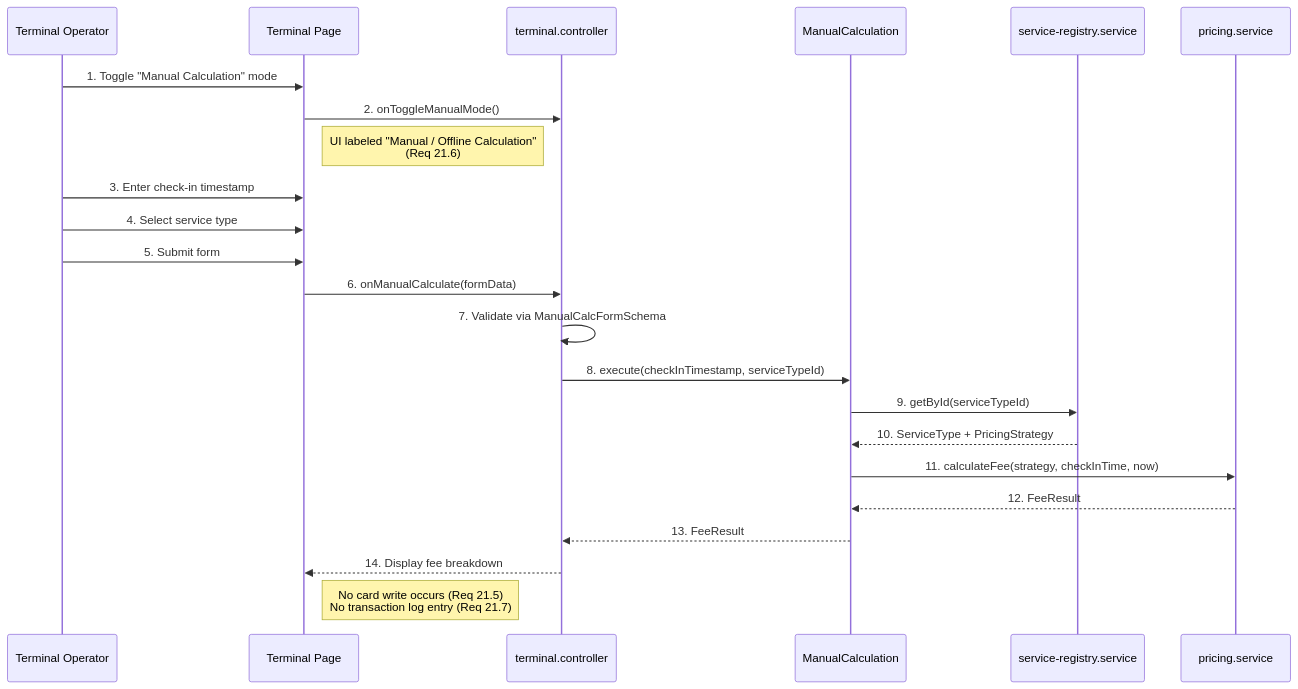
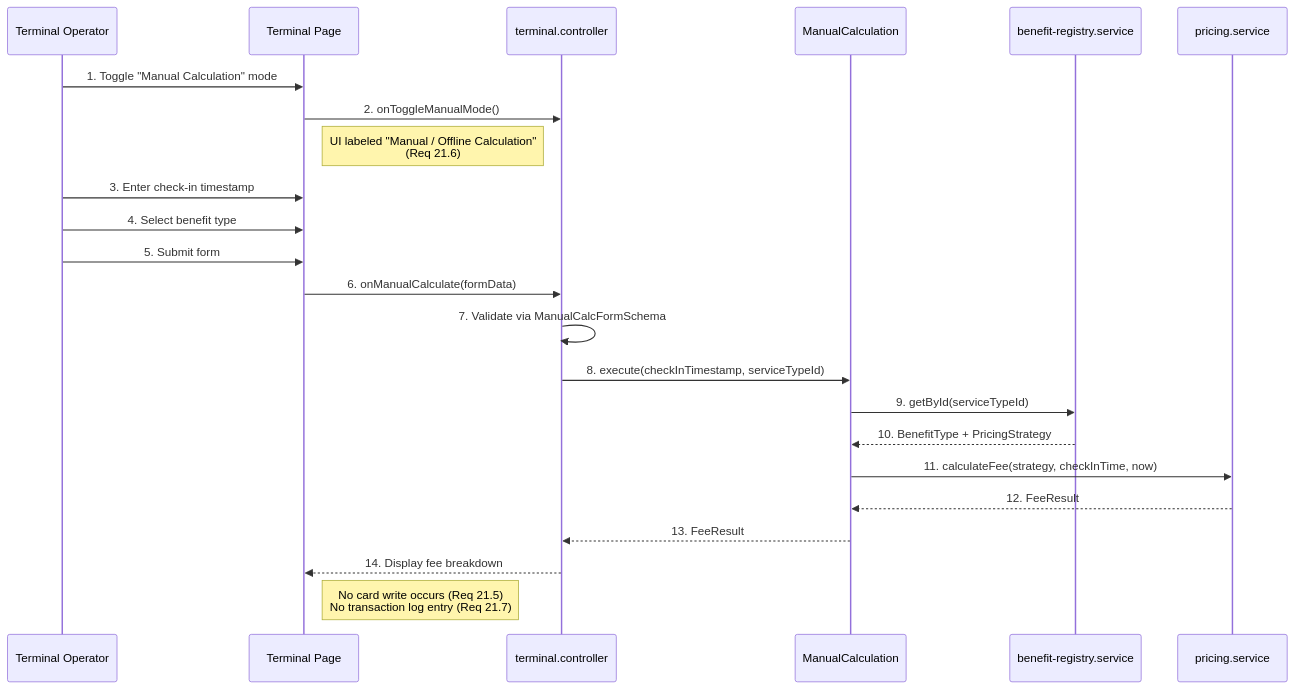
Before and after one commit to widdestoyud/assesment-s1-2026: the diagram in docs/wiki/membership-benefit-card/03-Business-Flows/Manual-Calculation.md, drawn with Mermaid. The commit also changed 31 other files, not shown here.

First line of the commit message:
docs(mbc): Update all documentation for ServiceType to BenefitType rename

````diff
--- a/docs/wiki/membership-benefit-card/03-Business-Flows/Manual-Calculation.md
+++ b/docs/wiki/membership-benefit-card/03-Business-Flows/Manual-Calculation.md
@@ -14,29 +14,29 @@
 ```mermaid
 sequenceDiagram
     participant Op as Terminal Operator
     participant UI as Terminal Page
     participant Ctrl as terminal.controller
     participant UC as ManualCalculation
-    participant Reg as service-registry.service
+    participant Reg as benefit-registry.service
     participant Price as pricing.service
 
     Op->>UI: 1. Toggle "Manual Calculation" mode
     UI->>Ctrl: 2. onToggleManualMode()
     Note right of UI: UI labeled "Manual / Offline Calculation"<br/>(Req 21.6)
 
     Op->>UI: 3. Enter check-in timestamp
-    Op->>UI: 4. Select service type
+    Op->>UI: 4. Select benefit type
     Op->>UI: 5. Submit form
     UI->>Ctrl: 6. onManualCalculate(formData)
     Ctrl->>Ctrl: 7. Validate via ManualCalcFormSchema
 
     Ctrl->>UC: 8. execute(checkInTimestamp, serviceTypeId)
     UC->>Reg: 9. getById(serviceTypeId)
-    Reg-->>UC: 10. ServiceType + PricingStrategy
+    Reg-->>UC: 10. BenefitType + PricingStrategy
     UC->>Price: 11. calculateFee(strategy, checkInTime, now)
     Price-->>UC: 12. FeeResult
 
     UC-->>Ctrl: 13. FeeResult
     Ctrl-->>UI: 14. Display fee breakdown
     Note right of UI: No card write occurs (Req 21.5)<br/>No transaction log entry (Req 21.7)
 ```
````
